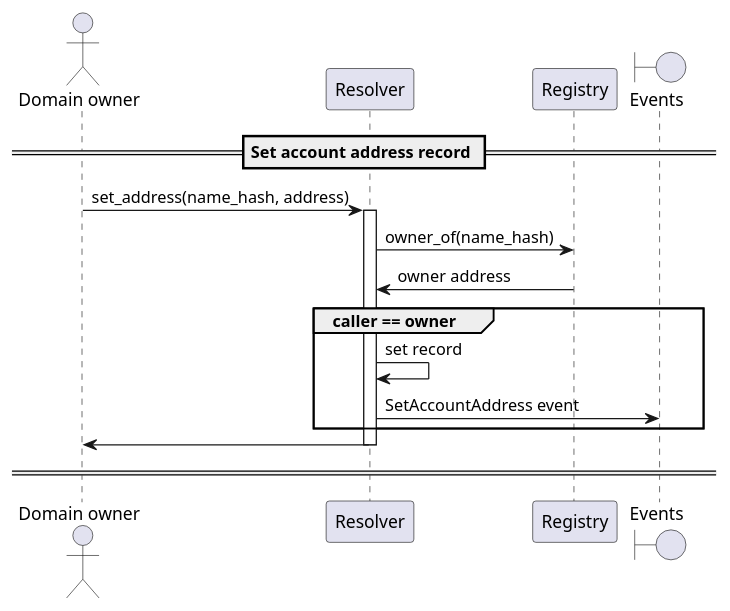
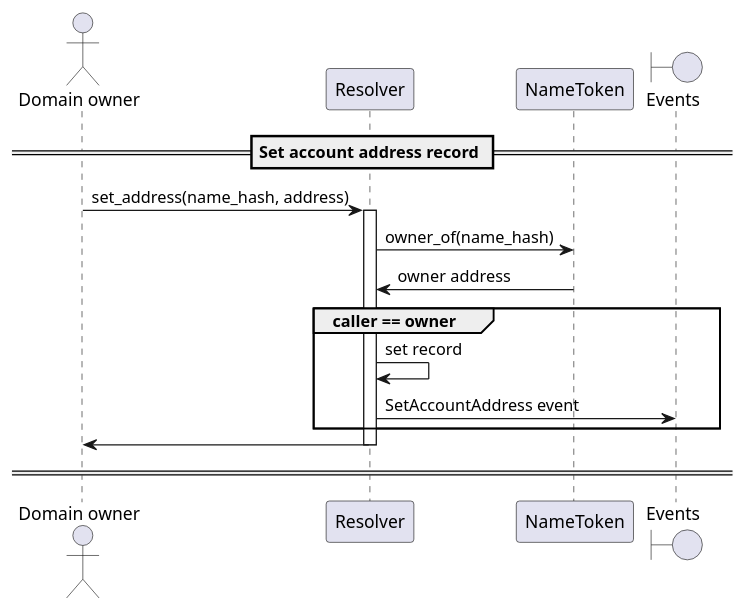
The diagram in docs/sequence-diagrams/puml/set-account-address-record.puml (make-software/cspr-name-contracts), drawn with PlantUML before and after one commit. The commit also changed 13 other files, not shown here.

Commit message:
Renamed Registry contract with NameToken in the sequence diagrams.

```diff
--- a/docs/sequence-diagrams/puml/set-account-address-record.puml
+++ b/docs/sequence-diagrams/puml/set-account-address-record.puml
@@ -1,25 +1,25 @@
 @startuml
 'https://plantuml.com/sequence-diagram
 
 'autonumber
 actor "Domain owner"
 participant "Resolver"
-participant "Registry"
+participant "NameToken"
 boundary "Events"
 
 == Set account address record ==
 
 "Domain owner" -> Resolver: set_address(name_hash, address)
 activate Resolver
-Resolver -> Registry: owner_of(name_hash)
-Registry -> Resolver: owner address
+Resolver -> NameToken: owner_of(name_hash)
+NameToken -> Resolver: owner address
 group caller == owner
     Resolver -> Resolver: set record
     Resolver -> Events: SetAccountAddress event
 end
 Resolver -> "Domain owner"
 deactivate Resolver
 
 == ==
 
 @enduml
```
